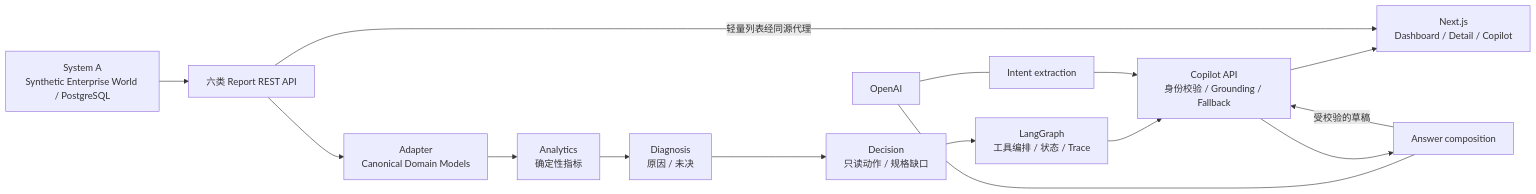
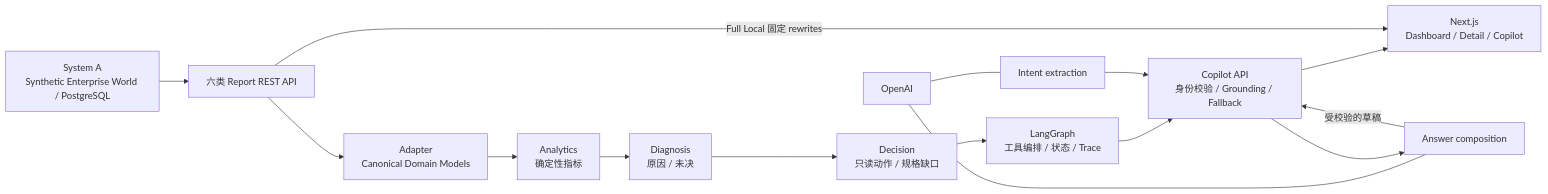
Before and after one commit to TiezhuHao/overdue-po-copilot: the diagram in README.md, drawn with Mermaid. The commit also changed other lines of this file and 20 other files, not shown here.

````diff
--- a/README.md
+++ b/README.md
@@ -44,17 +59,17 @@
 ```mermaid
 flowchart LR
     A["System A<br/>Synthetic Enterprise World / PostgreSQL"] --> REST["六类 Report REST API"]
     REST --> AD["Adapter<br/>Canonical Domain Models"]
     AD --> AN["Analytics<br/>确定性指标"]
     AN --> DI["Diagnosis<br/>原因 / 未决"]
     DI --> DE["Decision<br/>只读动作 / 规格缺口"]
     DE --> LG["LangGraph<br/>工具编排 / 状态 / Trace"]
     LG --> CP["Copilot API<br/>身份校验 / Grounding / Fallback"]
     CP --> NX["Next.js<br/>Dashboard / Detail / Copilot"]
-    REST -->|"轻量列表经同源代理"| NX
+    REST -->|"Full Local 固定 rewrites"| NX
     OA["OpenAI"] --- INT["Intent extraction"]
     OA --- ANSWER["Answer composition"]
     INT --> CP
     CP --> ANSWER
     ANSWER -->|"受校验的草稿"| CP
 ```
````
